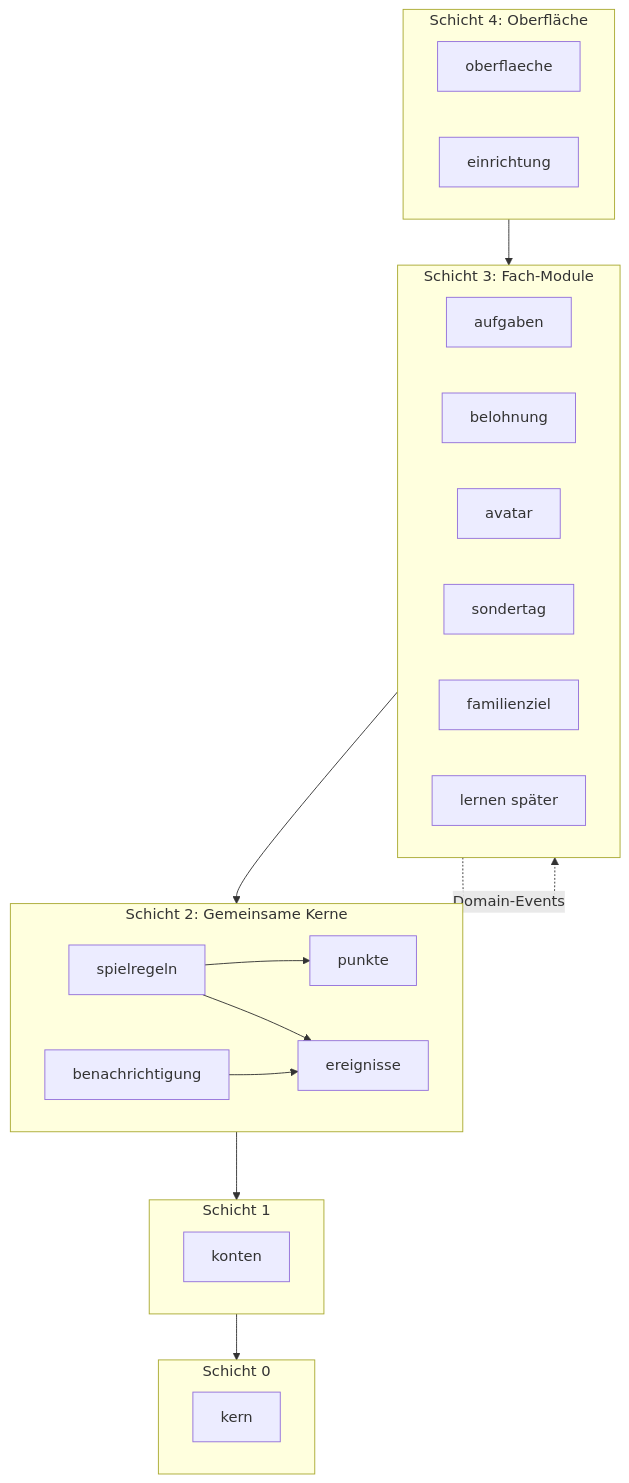
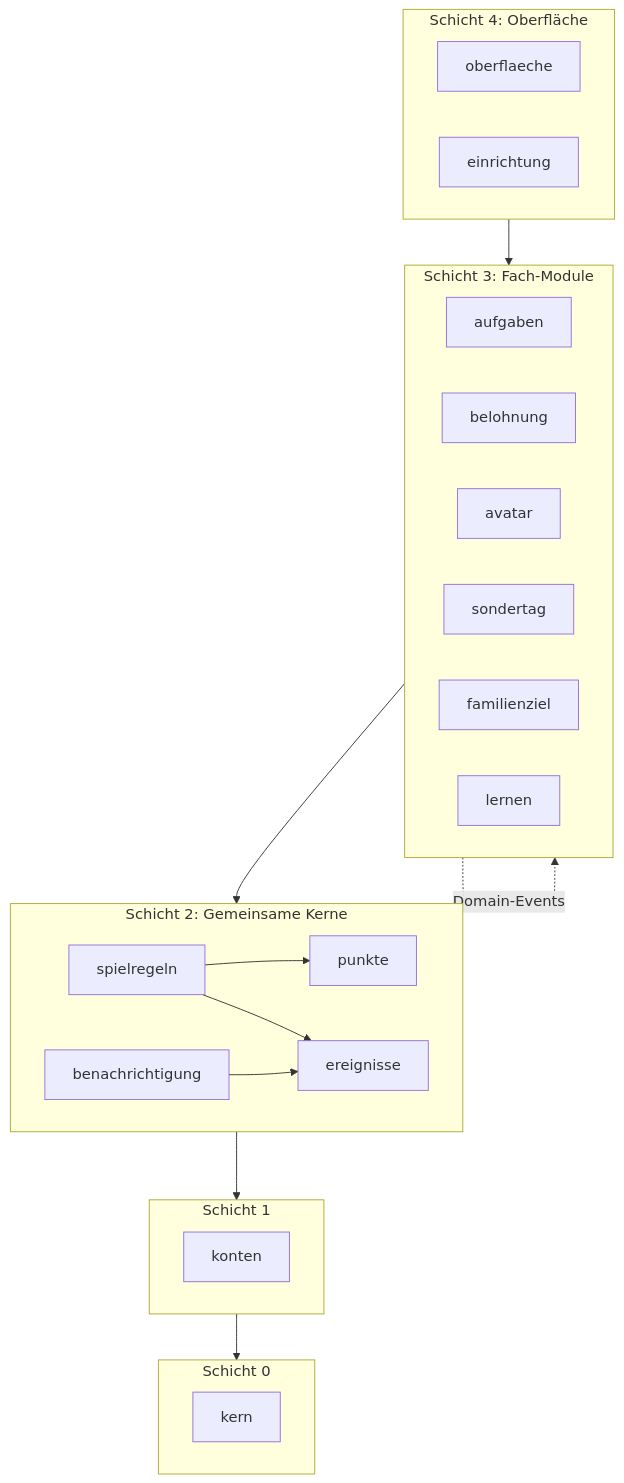
The first of 5 diagrams in docs/ARCHITECTURE.md (hassio0815-tech/nestwerk), drawn with Mermaid before and after one commit. The commit also changed other lines of this file and 12 other files, not shown here.

````diff
--- a/docs/ARCHITECTURE.md
+++ b/docs/ARCHITECTURE.md
@@ -47,35 +48,35 @@
 ```mermaid
 flowchart TD
   subgraph S4[Schicht 4: Oberfläche]
     oberflaeche
     einrichtung
   end
   subgraph S3[Schicht 3: Fach-Module]
     aufgaben
     belohnung
     avatar
     sondertag
     familienziel
-    lernen[lernen später]
+    lernen
   end
   subgraph S2[Schicht 2: Gemeinsame Kerne]
     punkte
     ereignisse
     benachrichtigung
     spielregeln
   end
   subgraph S1[Schicht 1]
     konten
   end
   subgraph S0[Schicht 0]
     kern
   end
   S4 --> S3
   S3 --> S2
   S2 --> S1
   S1 --> S0
   spielregeln --> punkte
   spielregeln --> ereignisse
   benachrichtigung --> ereignisse
   S3 -. Domain-Events .-> S3
 ```
````
